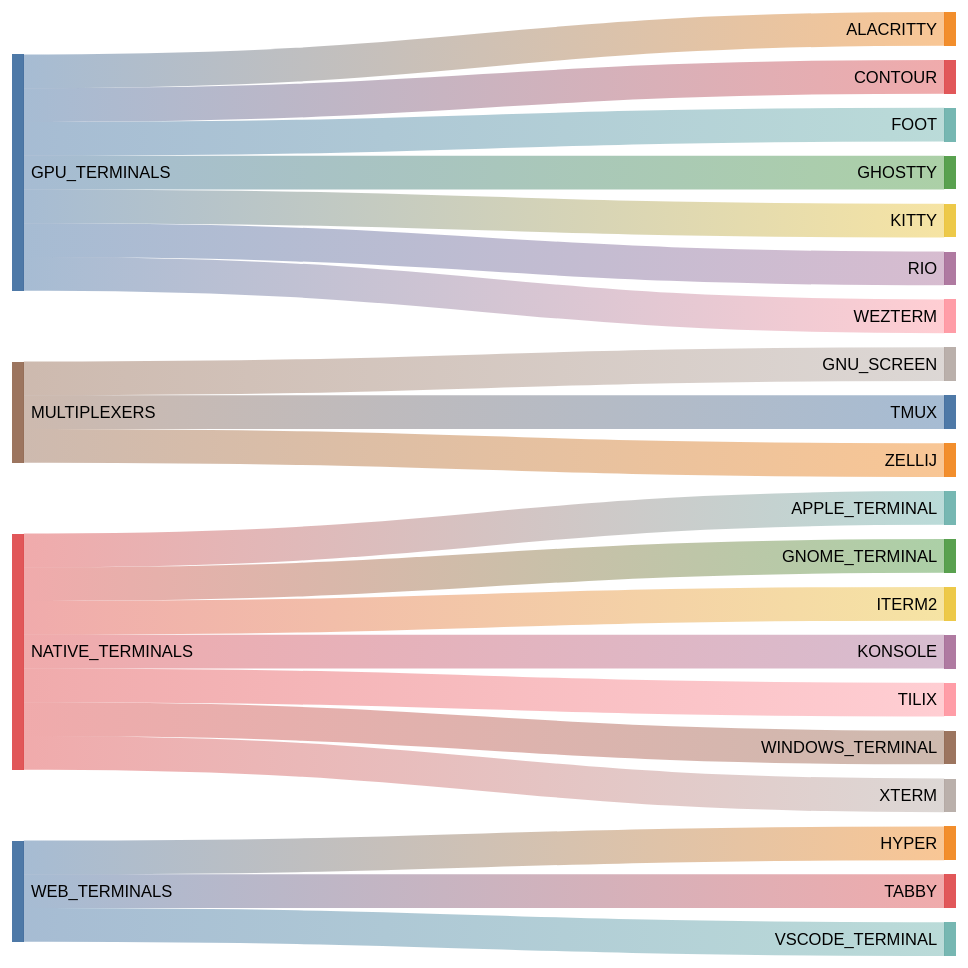
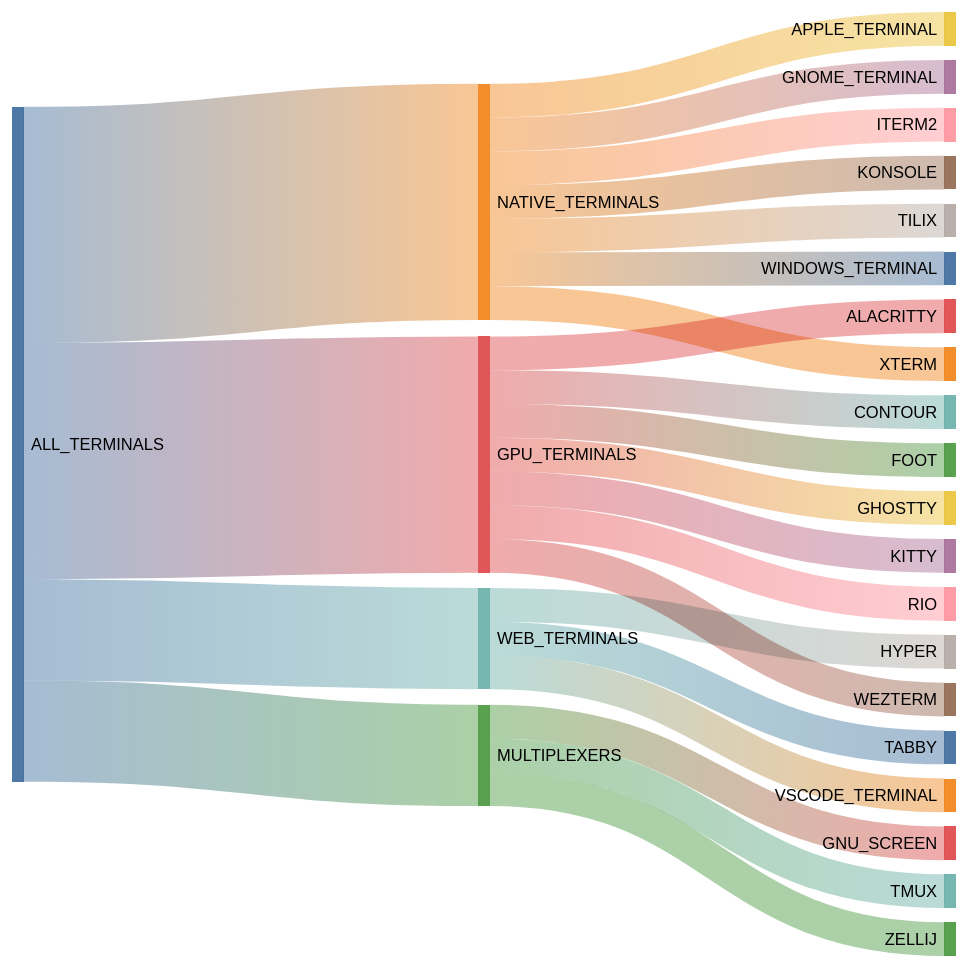
The first of 2 diagrams in docs/terminals.md (kdeldycke/extra-platforms), drawn with Mermaid (neutral theme) before and after one commit. The commit also changed other lines of this file and 4 other files, not shown here.

````diff
--- a/docs/terminals.md
+++ b/docs/terminals.md
@@ -106,27 +106,31 @@
 ```mermaid
 ---
 config: {"sankey": {"showValues": false, "width": 800, "height": 800}}
 ---
 sankey-beta
 
+ALL_TERMINALS,NATIVE_TERMINALS,7
+ALL_TERMINALS,GPU_TERMINALS,7
+ALL_TERMINALS,WEB_TERMINALS,3
+ALL_TERMINALS,MULTIPLEXERS,3
+NATIVE_TERMINALS,APPLE_TERMINAL,1
+NATIVE_TERMINALS,GNOME_TERMINAL,1
+NATIVE_TERMINALS,ITERM2,1
+NATIVE_TERMINALS,KONSOLE,1
+NATIVE_TERMINALS,TILIX,1
+NATIVE_TERMINALS,WINDOWS_TERMINAL,1
+NATIVE_TERMINALS,XTERM,1
 GPU_TERMINALS,ALACRITTY,1
 GPU_TERMINALS,CONTOUR,1
 GPU_TERMINALS,FOOT,1
 GPU_TERMINALS,GHOSTTY,1
 GPU_TERMINALS,KITTY,1
 GPU_TERMINALS,RIO,1
 GPU_TERMINALS,WEZTERM,1
+WEB_TERMINALS,HYPER,1
+WEB_TERMINALS,TABBY,1
+WEB_TERMINALS,VSCODE_TERMINAL,1
 MULTIPLEXERS,GNU_SCREEN,1
 MULTIPLEXERS,TMUX,1
 MULTIPLEXERS,ZELLIJ,1
-NATIVE_TERMINALS,APPLE_TERMINAL,1
-NATIVE_TERMINALS,GNOME_TERMINAL,1
-NATIVE_TERMINALS,ITERM2,1
-NATIVE_TERMINALS,KONSOLE,1
-NATIVE_TERMINALS,TILIX,1
-NATIVE_TERMINALS,WINDOWS_TERMINAL,1
-NATIVE_TERMINALS,XTERM,1
-WEB_TERMINALS,HYPER,1
-WEB_TERMINALS,TABBY,1
-WEB_TERMINALS,VSCODE_TERMINAL,1
 ```
````
